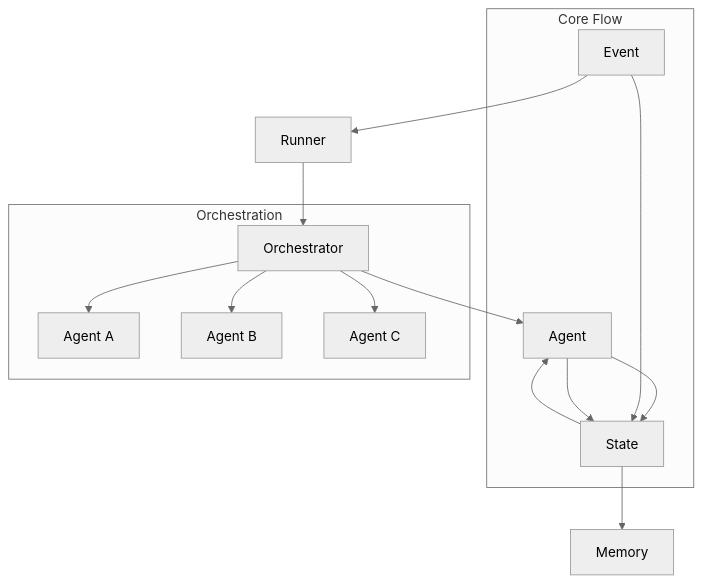
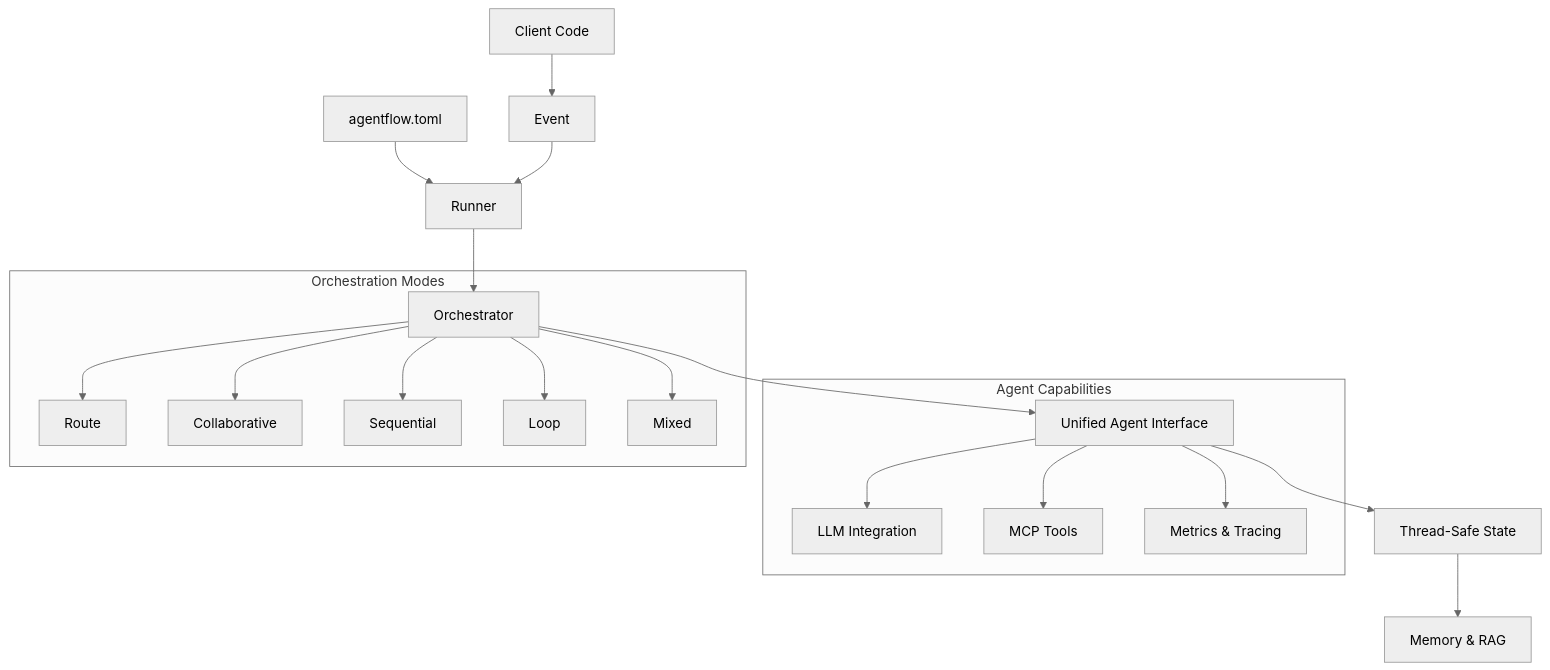
The first of 2 diagrams in docs/tutorials/core-concepts/README.md (AgenticGoKit/AgenticGoKit), drawn with Mermaid (neutral theme) before and after one commit. The commit also changed other lines of this file and 93 other files, not shown here.

````diff
--- a/docs/tutorials/core-concepts/README.md
+++ b/docs/tutorials/core-concepts/README.md
@@ -11,20 +28,24 @@
 ```mermaid
 graph TB
-    Event[Event] --> Runner[Runner]
+    Config[agentflow.toml] --> Runner[Runner]
+    Client[Client Code] --> Event[Event]
+    Event --> Runner
     Runner --> Orchestrator[Orchestrator]
-    Orchestrator --> Agent[Agent]
-    Agent --> State[State]
-    State --> Memory[Memory]
+    Orchestrator --> Agent[Unified Agent Interface]
+    Agent --> State[Thread-Safe State]
+    State --> Memory[Memory & RAG]
     
-    subgraph "Core Flow"
-        Event --> State
-        State --> Agent
-        Agent --> State
+    subgraph "Agent Capabilities"
+        Agent --> LLM[LLM Integration]
+        Agent --> MCP[MCP Tools]
+        Agent --> Metrics[Metrics & Tracing]
     end
     
-    subgraph "Orchestration"
-        Orchestrator --> AgentA[Agent A]
-        Orchestrator --> AgentB[Agent B]
-        Orchestrator --> AgentC[Agent C]
+    subgraph "Orchestration Modes"
+        Orchestrator --> Route[Route]
+        Orchestrator --> Collab[Collaborative]
+        Orchestrator --> Seq[Sequential]
+        Orchestrator --> Loop[Loop]
+        Orchestrator --> Mixed[Mixed]
     end
 ```
````
